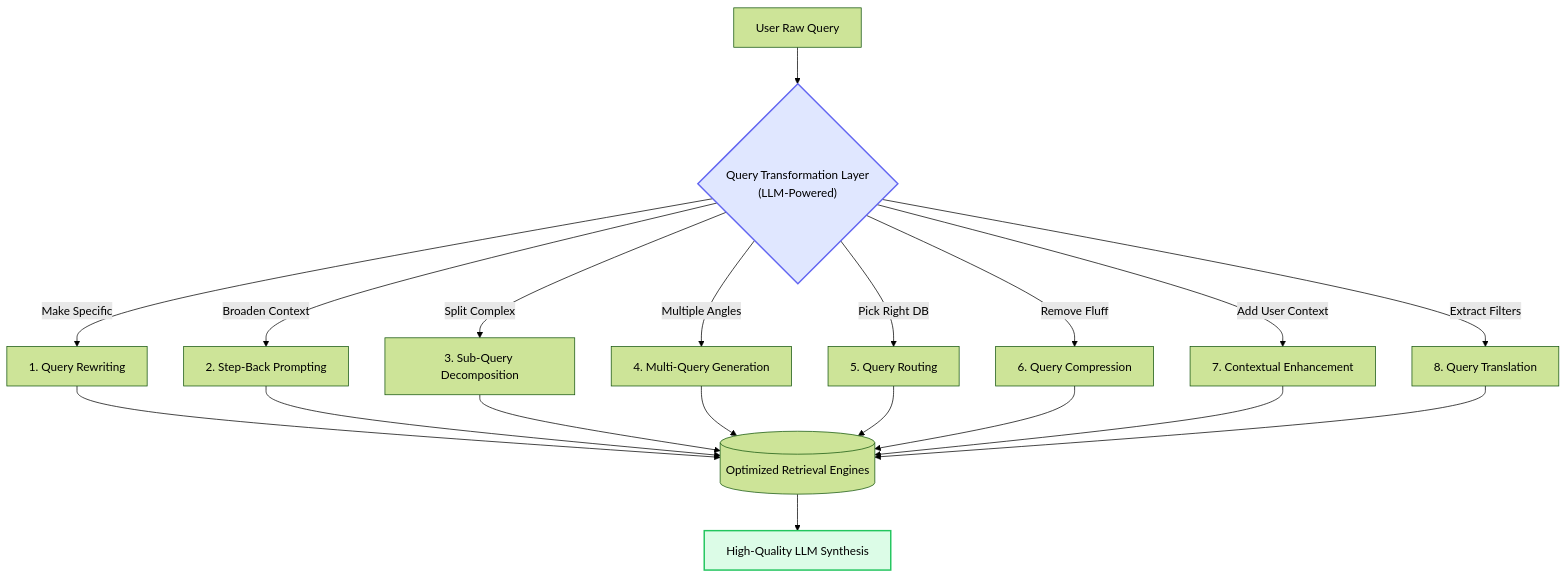
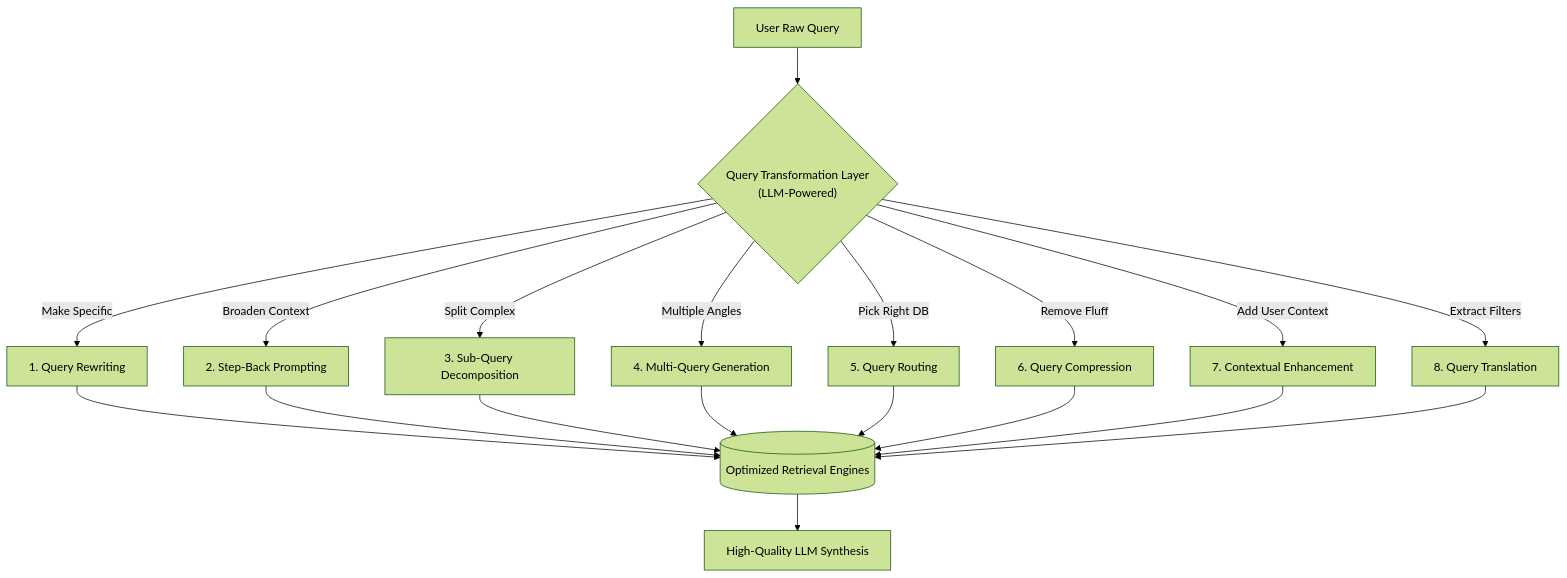
Before and after one commit to d-hackmt/query-transformations: the second of 2 diagrams in docs/00_problem_with_naive_rag.md, drawn with Mermaid (forest theme). The commit also changed other lines of this file and 9 other files, not shown here.

Commit message:
style: remove hardcoded colors from all mermaid diagrams for clean native theme rendering

````diff
--- a/docs/00_problem_with_naive_rag.md
+++ b/docs/00_problem_with_naive_rag.md
@@ -69,19 +66,17 @@
 ```mermaid
 flowchart TD
     UserQuery["User Raw Query"] --> QT{"Query Transformation Layer<br/>(LLM-Powered)"}
     
     QT -->|"Make Specific"| QR["1. Query Rewriting"]
     QT -->|"Broaden Context"| SB["2. Step-Back Prompting"]
     QT -->|"Split Complex"| SQ["3. Sub-Query Decomposition"]
     QT -->|"Multiple Angles"| MQ["4. Multi-Query Generation"]
     QT -->|"Pick Right DB"| RT["5. Query Routing"]
     QT -->|"Remove Fluff"| QC["6. Query Compression"]
     QT -->|"Add User Context"| CE["7. Contextual Enhancement"]
     QT -->|"Extract Filters"| TR["8. Query Translation"]
     
     QR & SB & SQ & MQ & RT & QC & CE & TR --> Retrieval[("Optimized Retrieval Engines")]
     Retrieval --> FinalLLM["High-Quality LLM Synthesis"]
     
-    style QT fill:#e0e7ff,stroke:#6366f1,stroke-width:2px
-    style FinalLLM fill:#dcfce7,stroke:#22c55e,stroke-width:2px
 ```
````
